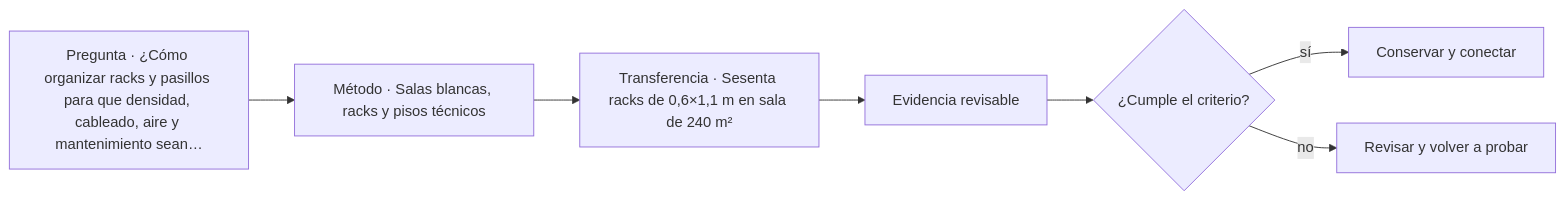
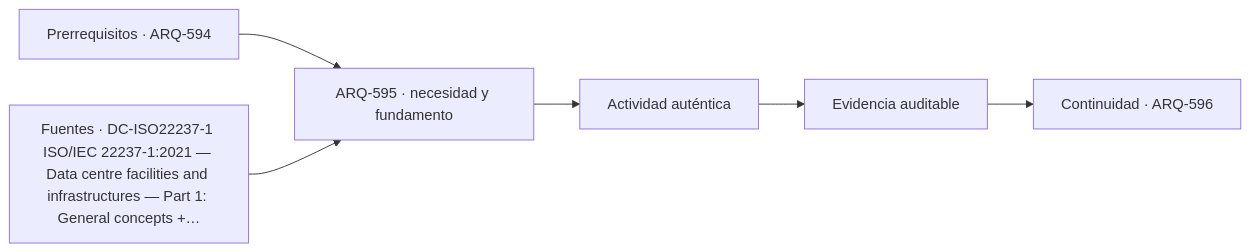
One commit to vladimiracunadev-create/architecture-built-environment-learning-program changed the diagram in classes/parte-60/ARQ-595.md. Above: the diagram before and after it, drawn with Mermaid. The commit also changed other lines of this file and 761 other files, not shown here.

````diff
--- a/classes/parte-60/ARQ-595.md
+++ b/classes/parte-60/ARQ-595.md
@@ -93,9 +105,8 @@
 ```mermaid
 flowchart LR
-    Q["Pregunta · ¿Cómo organizar racks y pasillos para que densidad, cableado, aire y mantenimiento sean…"] --> M["Método · Salas blancas, racks y pisos técnicos"]
-    M --> P["Transferencia · Sesenta racks de 0,6×1,1 m en sala de 240 m²"]
-    P --> E["Evidencia revisable"]
-    E --> C{"¿Cumple el criterio?"}
-    C -->|sí| T["Conservar y conectar"]
-    C -->|no| R["Revisar y volver a probar"]
+    A["Prerrequisitos · ARQ-594"] --> B["ARQ-595 · necesidad y fundamento"]
+    S["Fuentes · DC-ISO22237-1 ISO/IEC 22237-1:2021 — Data centre facilities and infrastructures — Part 1: General concepts +…"] --> B
+    B --> C["Actividad auténtica"]
+    C --> D["Evidencia auditable"]
+    D --> E["Continuidad · ARQ-596"]
 ```
````
